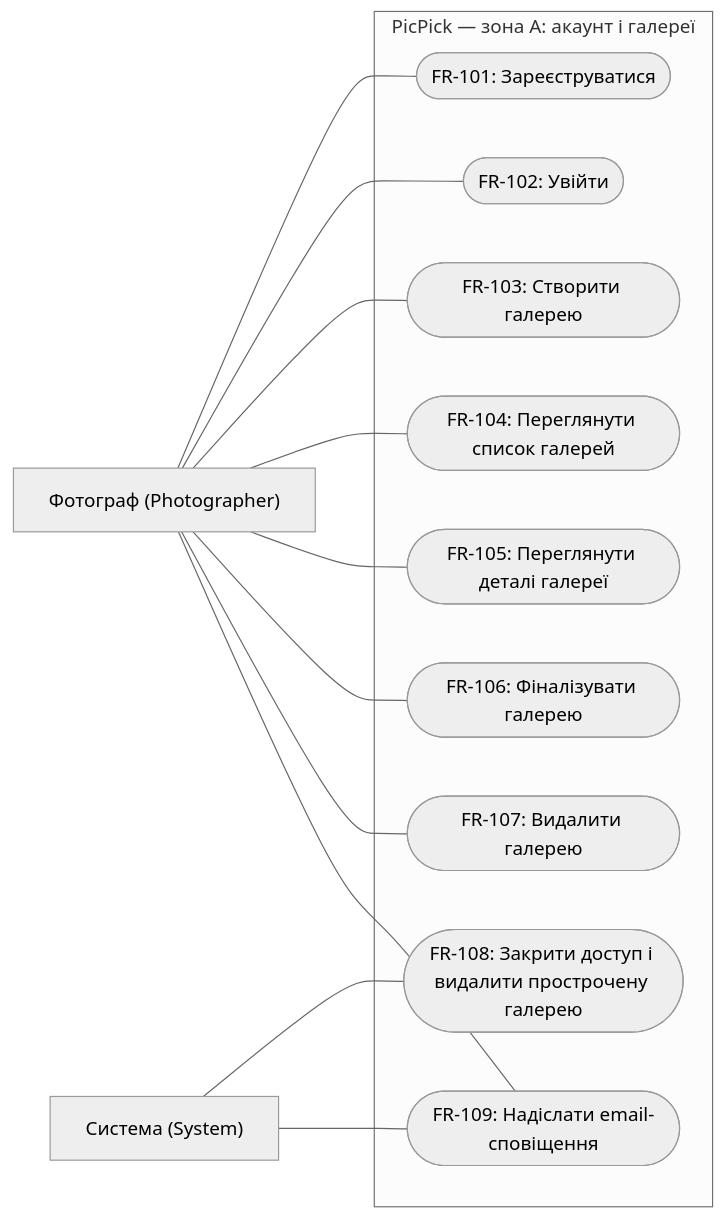
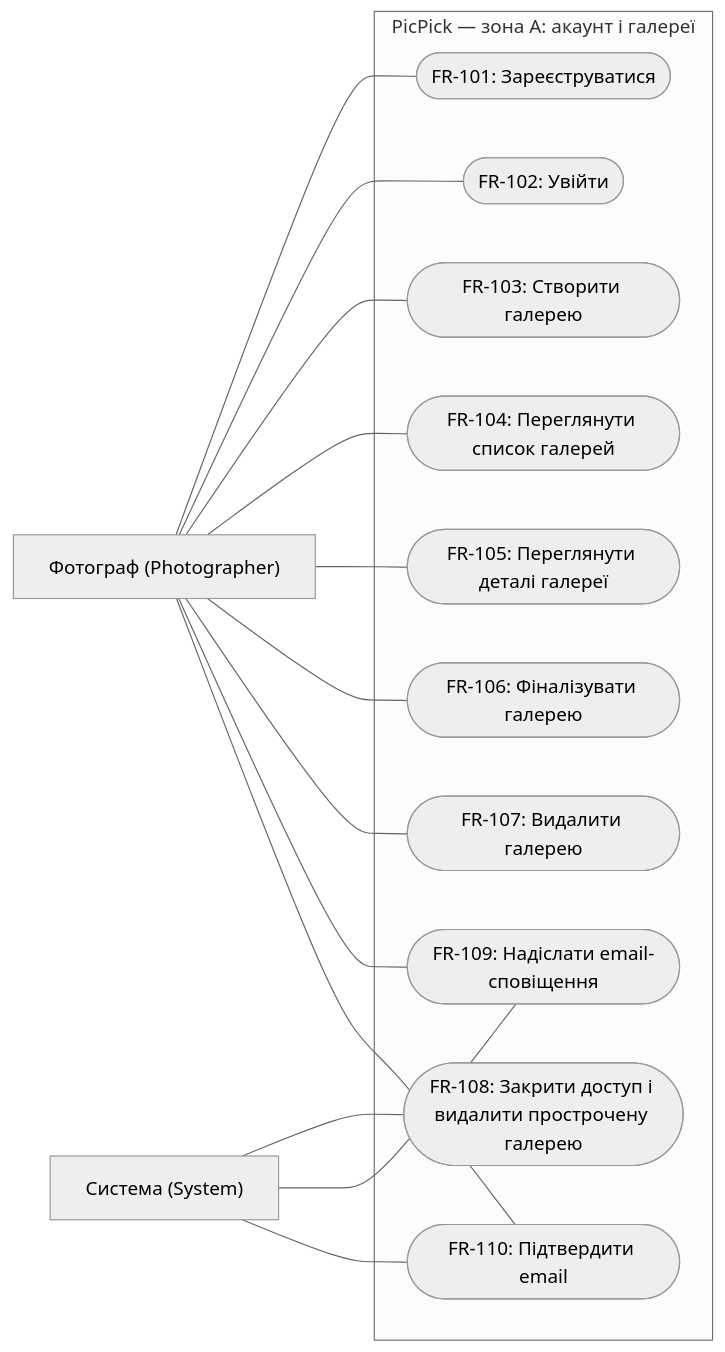
The diagram in docs/03-srs/zone-a-accounts.md (alonasaienko/picpick), drawn with Mermaid (neutral theme) before and after one commit. The commit also changed other lines of this file, not shown here.

````diff
--- a/docs/03-srs/zone-a-accounts.md
+++ b/docs/03-srs/zone-a-accounts.md
@@ -163,26 +178,29 @@
 ```mermaid
 flowchart LR
     photographer["Фотограф (Photographer)"]
     system["Система (System)"]
     subgraph picpick["PicPick — зона A: акаунт і галереї"]
         register(["FR-101: Зареєструватися"])
         login(["FR-102: Увійти"])
         createGallery(["FR-103: Створити галерею"])
         listGalleries(["FR-104: Переглянути список галерей"])
         viewGallery(["FR-105: Переглянути деталі галереї"])
         finalizeGallery(["FR-106: Фіналізувати галерею"])
         deleteGallery(["FR-107: Видалити галерею"])
         expireGallery(["FR-108: Закрити доступ і видалити прострочену галерею"])
         notifyPhotographer(["FR-109: Надіслати email-сповіщення"])
+        confirmEmail(["FR-110: Підтвердити email"])
     end
     photographer --- register
     photographer --- login
     photographer --- createGallery
     photographer --- listGalleries
     photographer --- viewGallery
     photographer --- finalizeGallery
     photographer --- deleteGallery
     system --- expireGallery
     system --- notifyPhotographer
     photographer --- notifyPhotographer
+    photographer --- confirmEmail
+    system --- confirmEmail
 ```
````
